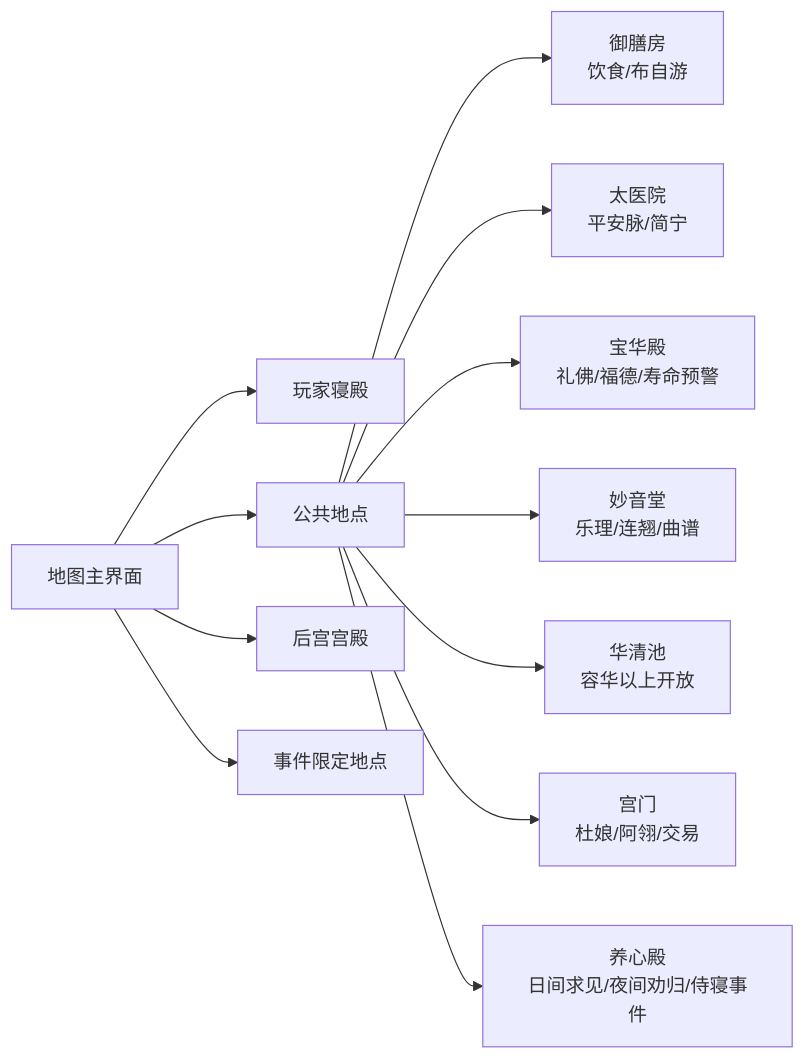
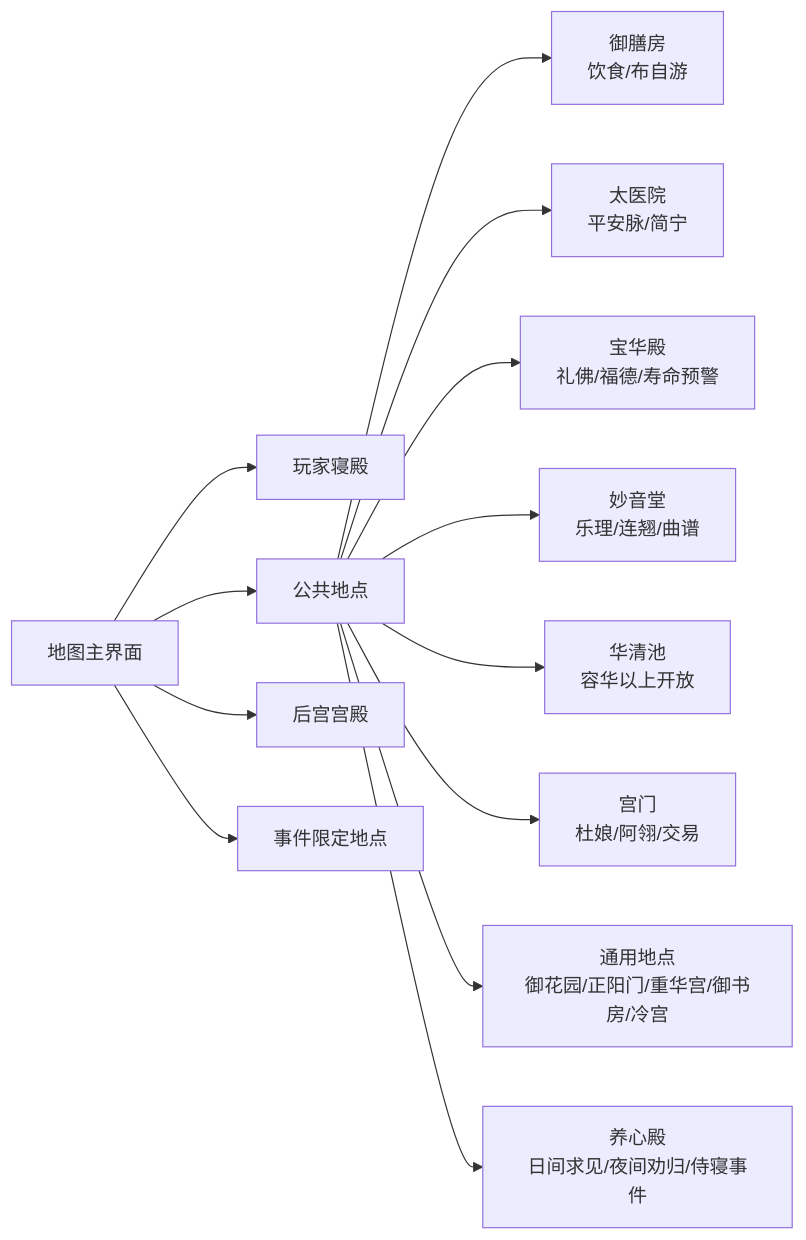
Before and after one commit to changyikun/02-project-codex-ai-config-wiring-fix: the eighth of 17 diagrams in 02-project-codex-ai-config-wiring-fix/docs/game-system-breakdown.md, drawn with Mermaid. The commit also changed other lines of this file and 20 other files, not shown here.

````diff
--- a/02-project-codex-ai-config-wiring-fix/docs/game-system-breakdown.md
+++ b/02-project-codex-ai-config-wiring-fix/docs/game-system-breakdown.md
@@ -415,16 +416,17 @@
 ```mermaid
 flowchart LR
   Map["地图主界面"] --> Residence["玩家寝殿"]
   Map --> Public["公共地点"]
   Map --> Palace["后宫宫殿"]
   Map --> EventOnly["事件限定地点"]
 
   Public --> Kitchen["御膳房\n饮食/布自游"]
   Public --> Taiyi["太医院\n平安脉/简宁"]
   Public --> Baohua["宝华殿\n礼佛/福德/寿命预警"]
   Public --> Miaoyin["妙音堂\n乐理/连翘/曲谱"]
   Public --> Huaqing["华清池\n容华以上开放"]
   Public --> Gongmen["宫门\n杜娘/阿翎/交易"]
+  Public --> Generic["通用地点\n御花园/正阳门/重华宫/御书房/冷宫"]
 
   Public --> Yangxin["养心殿\n日间求见/夜间劝归/侍寝事件"]
 ```
````
